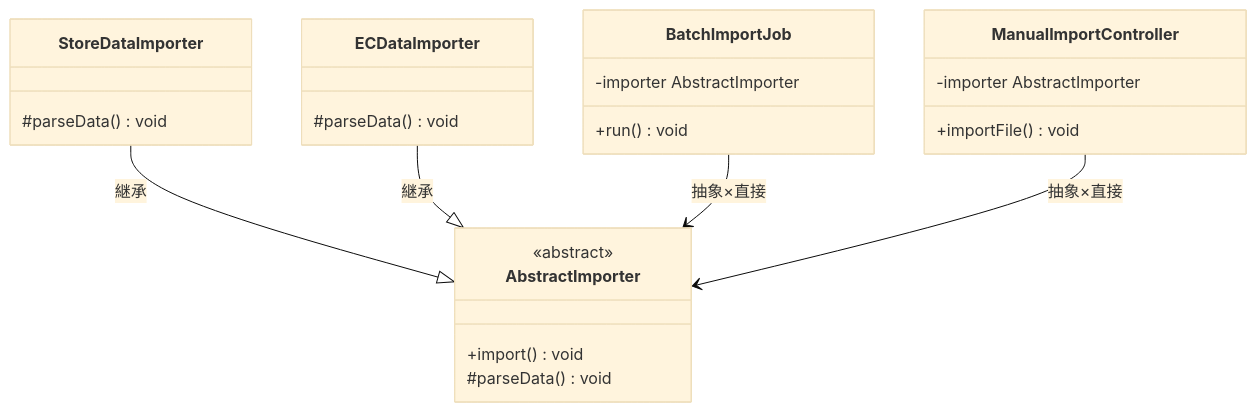
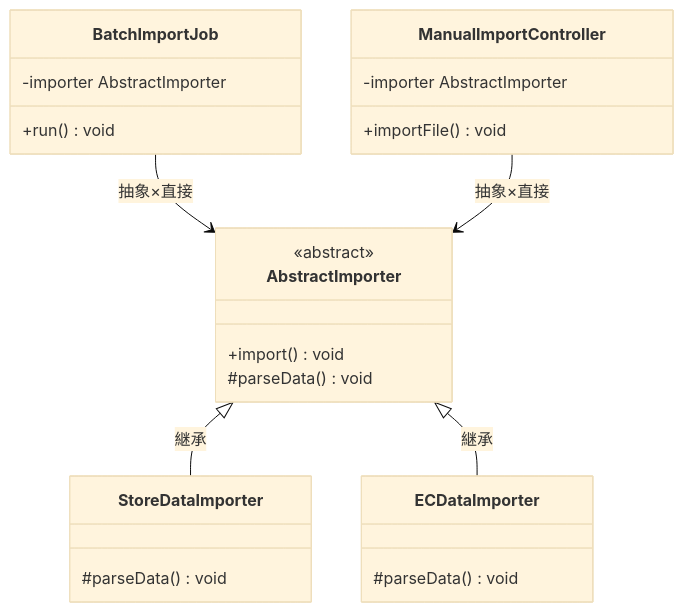
One commit to kumachan1101-pixel/DesignPattern changed the sixth of 11 diagrams in kindle/design-patterns/output/chapter04.md. Above: the diagram before and after it, drawn with Mermaid (base theme). The commit also changed other lines of this file, not shown here.

````diff
--- a/kindle/design-patterns/output/chapter04.md
+++ b/kindle/design-patterns/output/chapter04.md
@@ -747,26 +746,26 @@
 ```mermaid
 classDiagram
     class AbstractImporter {
         <<abstract>>
         +import() void
         #parseData() void
     }
     class StoreDataImporter {
         #parseData() void
     }
     class ECDataImporter {
         #parseData() void
     }
     class BatchImportJob {
         -importer AbstractImporter
         +run() void
     }
     class ManualImportController {
         -importer AbstractImporter
         +importFile() void
     }
-    StoreDataImporter --|> AbstractImporter : 継承
-    ECDataImporter --|> AbstractImporter : 継承
+    AbstractImporter <|-- StoreDataImporter : 継承
+    AbstractImporter <|-- ECDataImporter : 継承
     BatchImportJob --> AbstractImporter : 抽象×直接
     ManualImportController --> AbstractImporter : 抽象×直接
 ```
````
